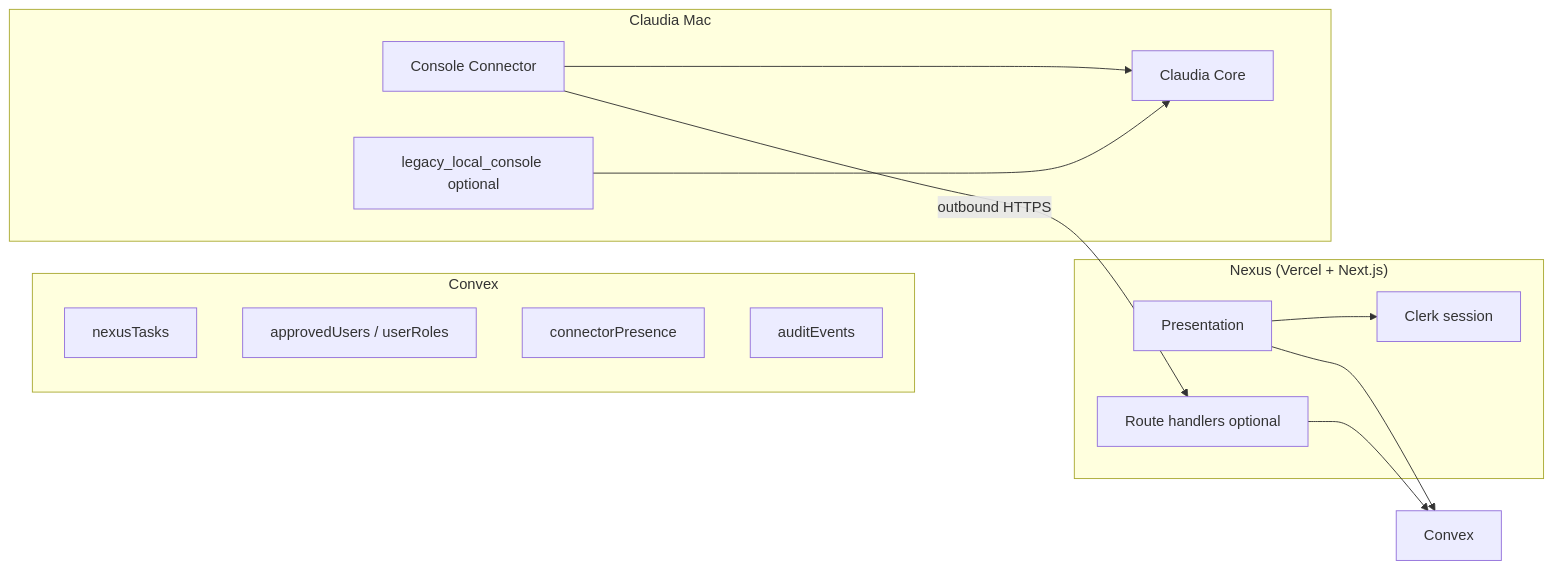
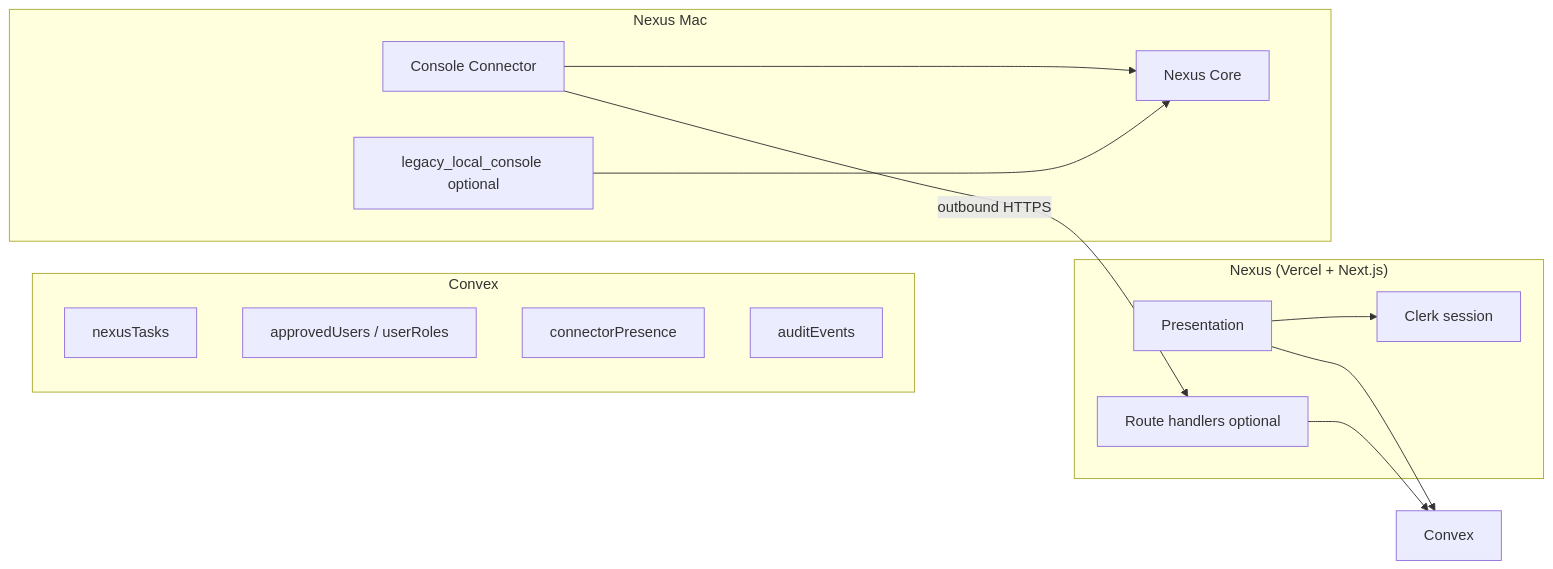
The first of 2 diagrams in docs/specs/nexus_legacy_capability_migration_matrix_v1.md (bretthoffmansage/nexus), drawn with Mermaid before and after one commit. The commit also changed other lines of this file and 208 other files, not shown here.

````diff
--- a/docs/specs/nexus_legacy_capability_migration_matrix_v1.md
+++ b/docs/specs/nexus_legacy_capability_migration_matrix_v1.md
@@ -43,28 +43,28 @@
 ```mermaid
 flowchart LR
   subgraph NexusHosted["Nexus (Vercel + Next.js)"]
     UI[Presentation]
     Clerk[Clerk session]
     API[Route handlers optional]
   end
 
   subgraph ConvexCloud["Convex"]
     Tasks[nexusTasks]
     Users[approvedUsers / userRoles]
     Presence[connectorPresence]
     Audit[auditEvents]
   end
 
-  subgraph ClaudiaMac["Claudia Mac"]
+  subgraph NexusMac["Nexus Mac"]
     Conn[Console Connector]
-    Core[Claudia Core]
+    Core[Nexus Core]
     Legacy[legacy_local_console optional]
   end
 
   UI --> Clerk
   UI --> Convex
   API --> Convex
   Conn -->|outbound HTTPS| API
   Conn --> Core
   Legacy --> Core
 ```
````
